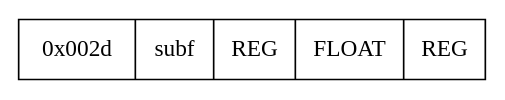
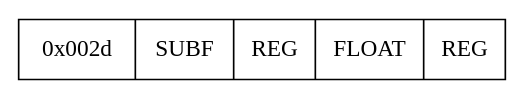
The diagram in docs/books/crexx_vm_spec/0x002d.gv (adesutherland/CREXX), drawn with Graphviz before and after one commit. The commit also changed 528 other files, not shown here.

```diff
--- a/docs/books/crexx_vm_spec/0x002d.gv
+++ b/docs/books/crexx_vm_spec/0x002d.gv
@@ -1,4 +1,4 @@
 digraph regs {
 node[shape=record]
-struct1 [label="0x002d|subf       |   REG|FLOAT|REG       "];
+struct1 [label="0x002d|SUBF       |   REG|FLOAT|REG       "];
 }
```
